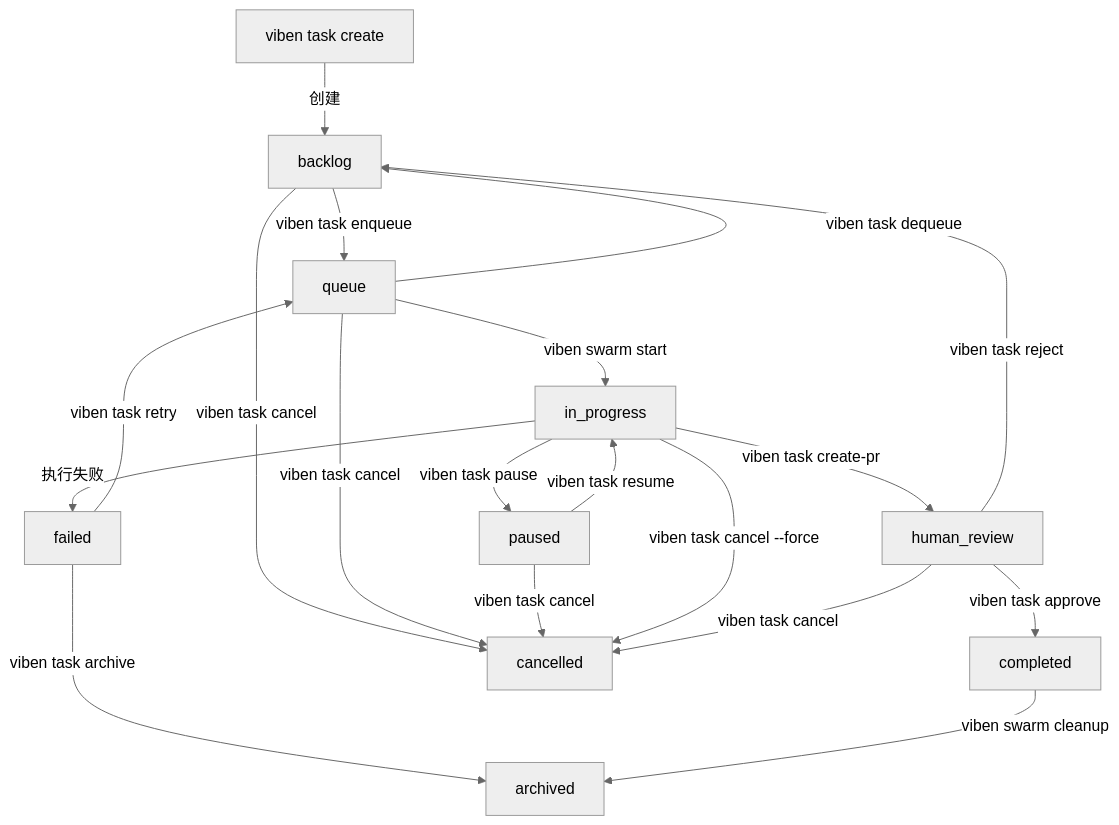
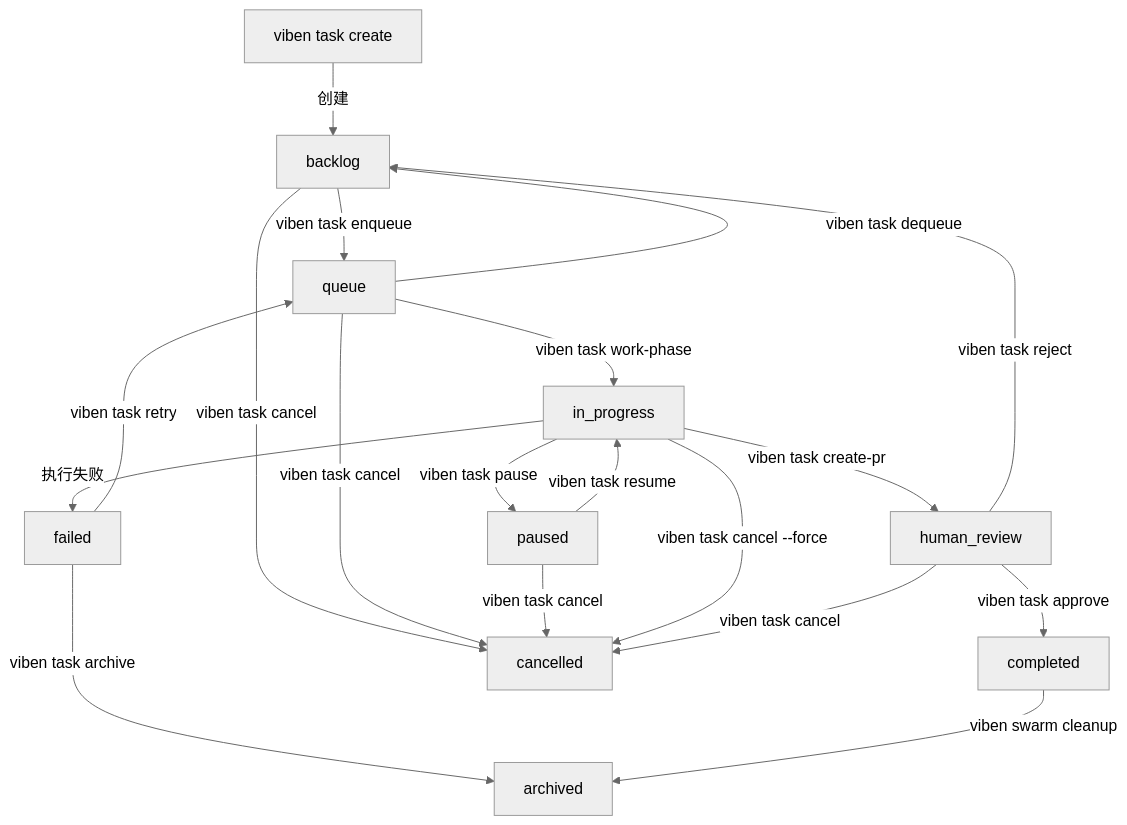
One commit to LinXueyuanStdio/viben changed the diagram in docs/specs/modules/cli/task.md. Above: the diagram before and after it, drawn with Mermaid (neutral theme). The commit also changed other lines of this file and 23 other files, not shown here.

Commit message:
🔧 [update] Deprecate swarm command in favor of task work-phase and update Chinese translations

````diff
--- a/docs/specs/modules/cli/task.md
+++ b/docs/specs/modules/cli/task.md
@@ -485,22 +463,22 @@
 ```mermaid
 flowchart TD
     A[viben task create] -->|创建| B[backlog]
     B -->|viben task enqueue| C[queue]
-    C -->|viben swarm start| D[in_progress]
+    C -->|viben task work-phase| D[in_progress]
     D -->|viben task pause| E[paused]
     E -->|viben task resume| D
     D -->|viben task create-pr| F[human_review]
     F -->|viben task approve| G[completed]
     F -->|viben task reject| B
     C -->|viben task dequeue| B
     D -->|执行失败| H[failed]
     H -->|viben task retry| C
     H -->|viben task archive| I[archived]
     G -->|viben swarm cleanup| I
 
     B -->|viben task cancel| J[cancelled]
     C -->|viben task cancel| J
     E -->|viben task cancel| J
     D -->|viben task cancel --force| J
     F -->|viben task cancel| J
 ```
````
